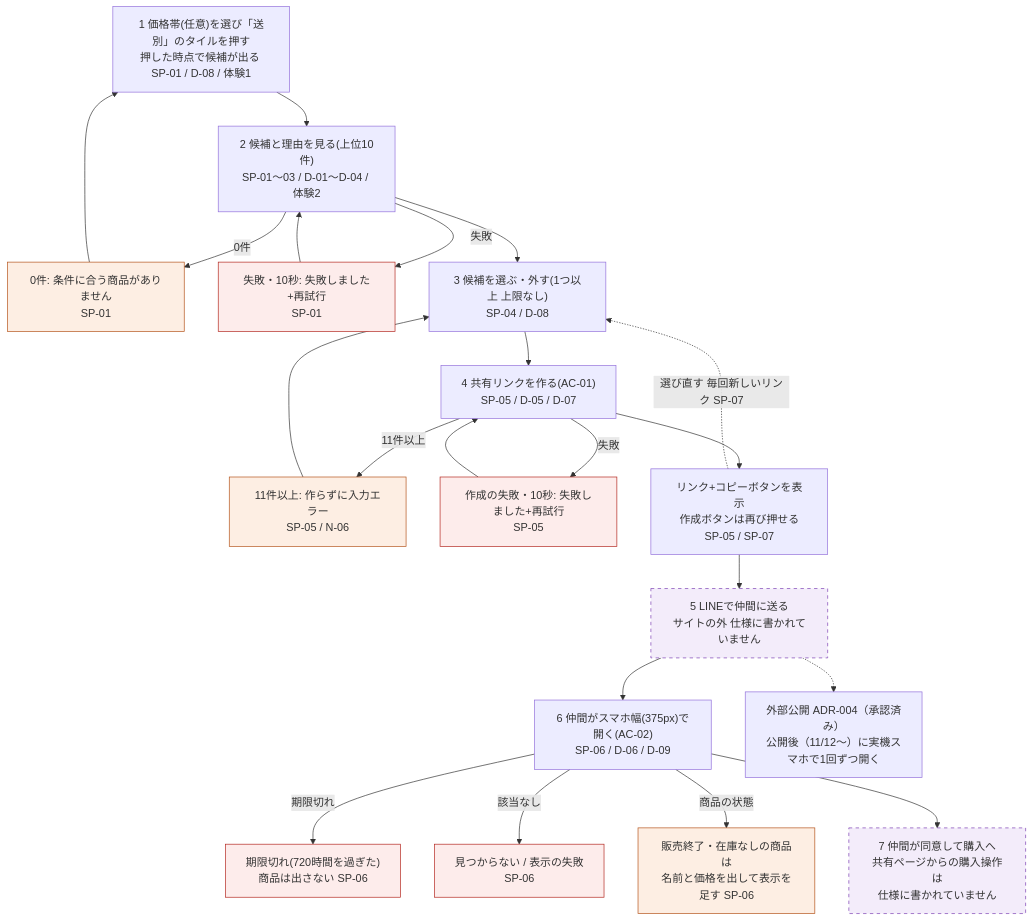
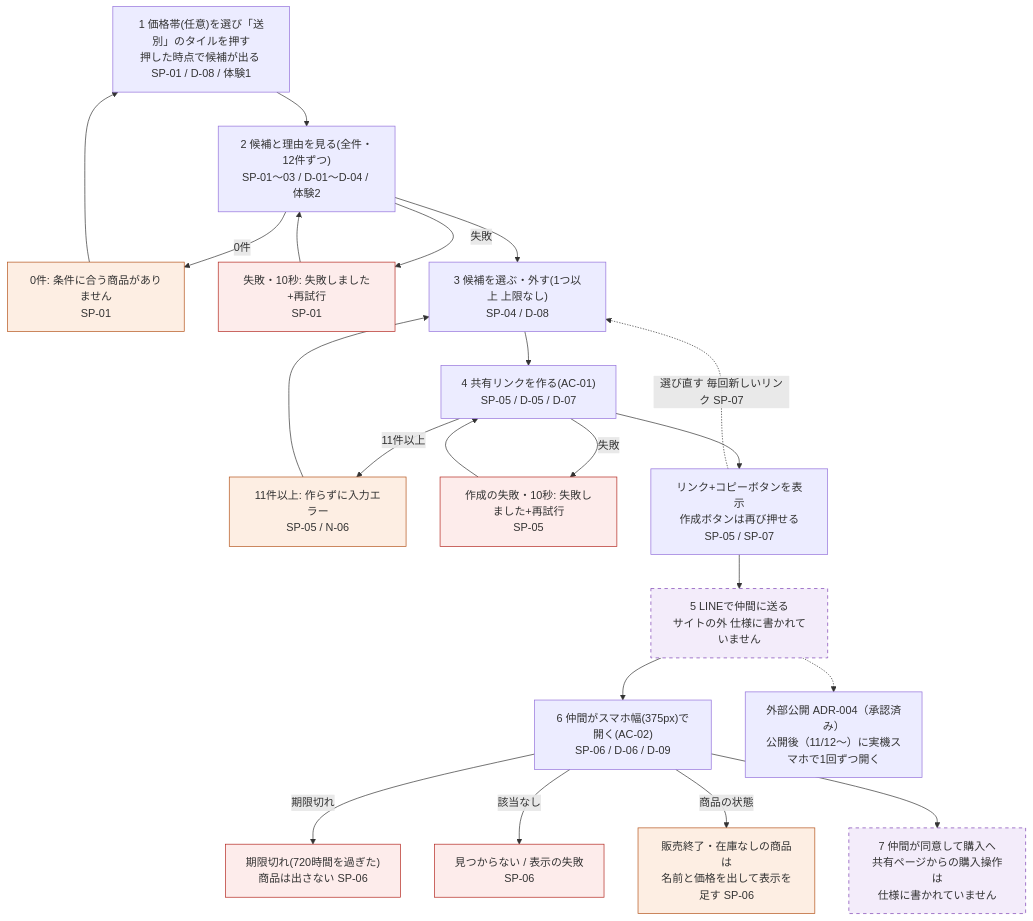
Before and after one commit to Team18-RaizenYomiMukuro-Tech0/model_team18_tech0: the first of 3 diagrams in 02_プロジェクト/giftia-ui-renewal/仕様.md, drawn with Mermaid. The commit also changed other lines of this file and 4 other files, not shown here.

````diff
--- a/02_プロジェクト/giftia-ui-renewal/仕様.md
+++ b/02_プロジェクト/giftia-ui-renewal/仕様.md
@@ -117,38 +117,38 @@
 ```mermaid
 flowchart TD
   classDef pend stroke-dasharray: 5 5,stroke:#6b6f76,fill:#f3f3f3,color:#333
   classDef gap stroke-dasharray: 5 5,stroke:#7b3fb3,fill:#f3ecfa,color:#333
   classDef err fill:#fdeceb,stroke:#b3261e,color:#333
   classDef warn fill:#fdeee3,stroke:#b4531a,color:#333
 
   S1["1 価格帯(任意)を選び「送別」のタイルを押す<br/>押した時点で候補が出る SP-01 / D-08 / 体験1"]
-  S2["2 候補と理由を見る(上位10件)<br/>SP-01〜03 / D-01〜D-04 / 体験2"]
+  S2["2 候補と理由を見る(全件・12件ずつ)<br/>SP-01〜03 / D-01〜D-04 / 体験2"]
   Z0["0件: 条件に合う商品がありません<br/>SP-01"]:::warn
   Z1["失敗・10秒: 失敗しました+再試行<br/>SP-01"]:::err
   S3["3 候補を選ぶ・外す(1つ以上 上限なし)<br/>SP-04 / D-08"]
   S4["4 共有リンクを作る(AC-01)<br/>SP-05 / D-05 / D-07"]
   B11["11件以上: 作らずに入力エラー<br/>SP-05 / N-06"]:::warn
   F4["作成の失敗・10秒: 失敗しました+再試行<br/>SP-05"]:::err
   S4b["リンク+コピーボタンを表示<br/>作成ボタンは再び押せる<br/>SP-05 / SP-07"]
   S5["5 LINEで仲間に送る<br/>サイトの外 仕様に書かれていません"]:::gap
   S6["6 仲間がスマホ幅(375px)で開く(AC-02)<br/>SP-06 / D-06 / D-09"]
   X1["期限切れ(720時間を過ぎた)<br/>商品は出さない SP-06"]:::err
   X2["見つからない / 表示の失敗<br/>SP-06"]:::err
   X3["販売終了・在庫なしの商品は<br/>名前と価格を出して表示を足す SP-06"]:::warn
   S7["7 仲間が同意して購入へ<br/>共有ページからの購入操作は<br/>仕様に書かれていません"]:::gap
   P1["外部公開 ADR-004（承認済み）<br/>公開後（11/12〜）に実機スマホで1回ずつ開く"]
 
   S1 --> S2
   S2 -- 0件 --> Z0 --> S1
   S2 -- 失敗 --> Z1 --> S2
   S2 --> S3 --> S4
   S4 -- 11件以上 --> B11 --> S3
   S4 -- 失敗 --> F4 --> S4
   S4 --> S4b --> S5 --> S6
   S5 -.-> P1
   S6 -- 期限切れ --> X1
   S6 -- 該当なし --> X2
   S6 -- 商品の状態 --> X3
   S6 --> S7
   S4b -. 選び直す 毎回新しいリンク SP-07 .-> S3
 ```
````
